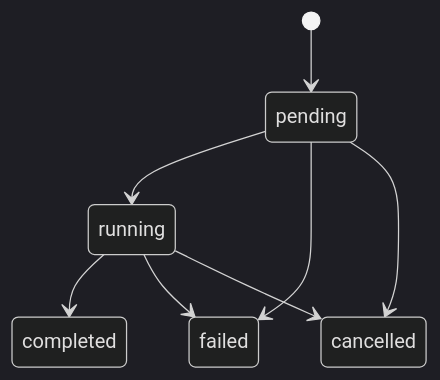
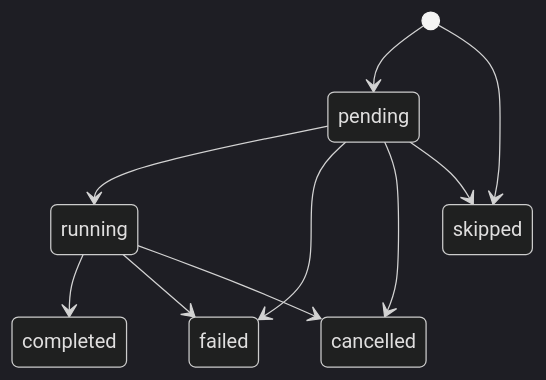
The third of 3 diagrams in docs/guide/automations.md (microsoft/agent-host-protocol), drawn with Mermaid (dark theme) before and after one commit. The commit also changed other lines of this file and 26 other files, not shown here.

````diff
--- a/docs/guide/automations.md
+++ b/docs/guide/automations.md
@@ -530,10 +537,12 @@
 ```mermaid
 stateDiagram-v2
   [*] --> pending
   pending --> running
   pending --> failed
   pending --> cancelled
+  pending --> skipped
+  [*] --> skipped
   running --> completed
   running --> failed
   running --> cancelled
 ```
````
